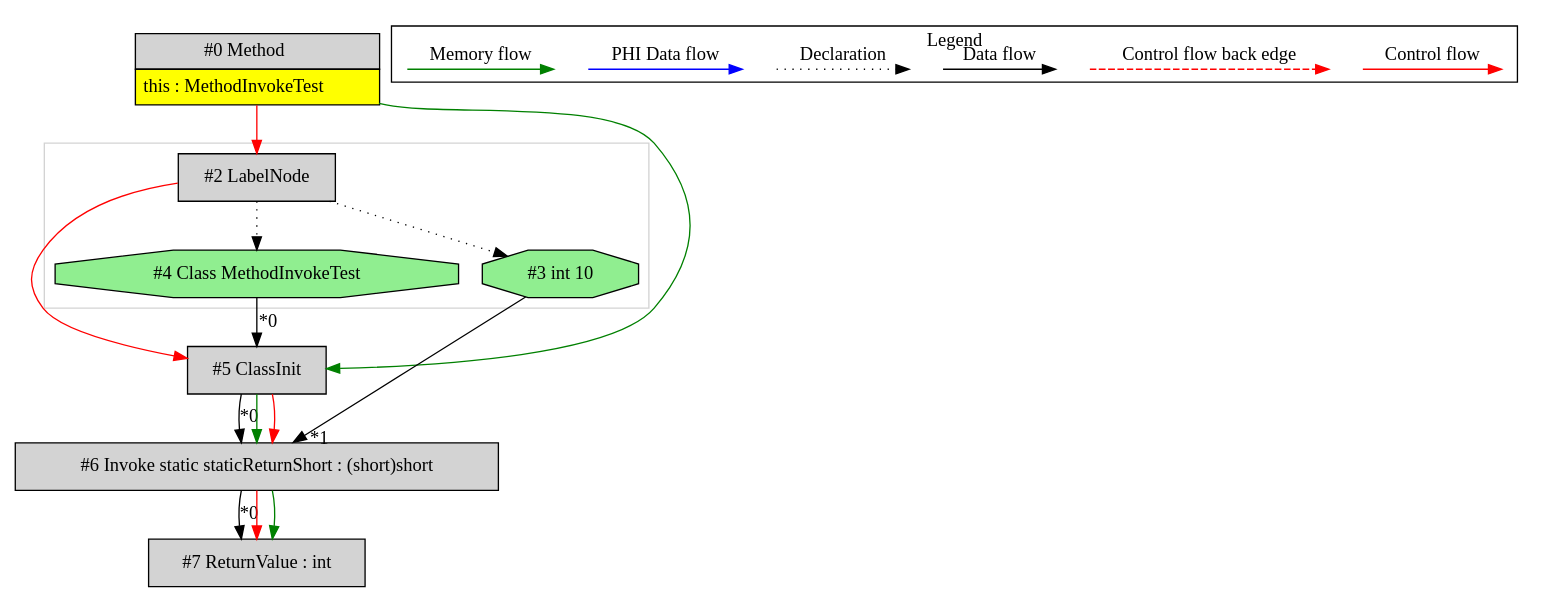
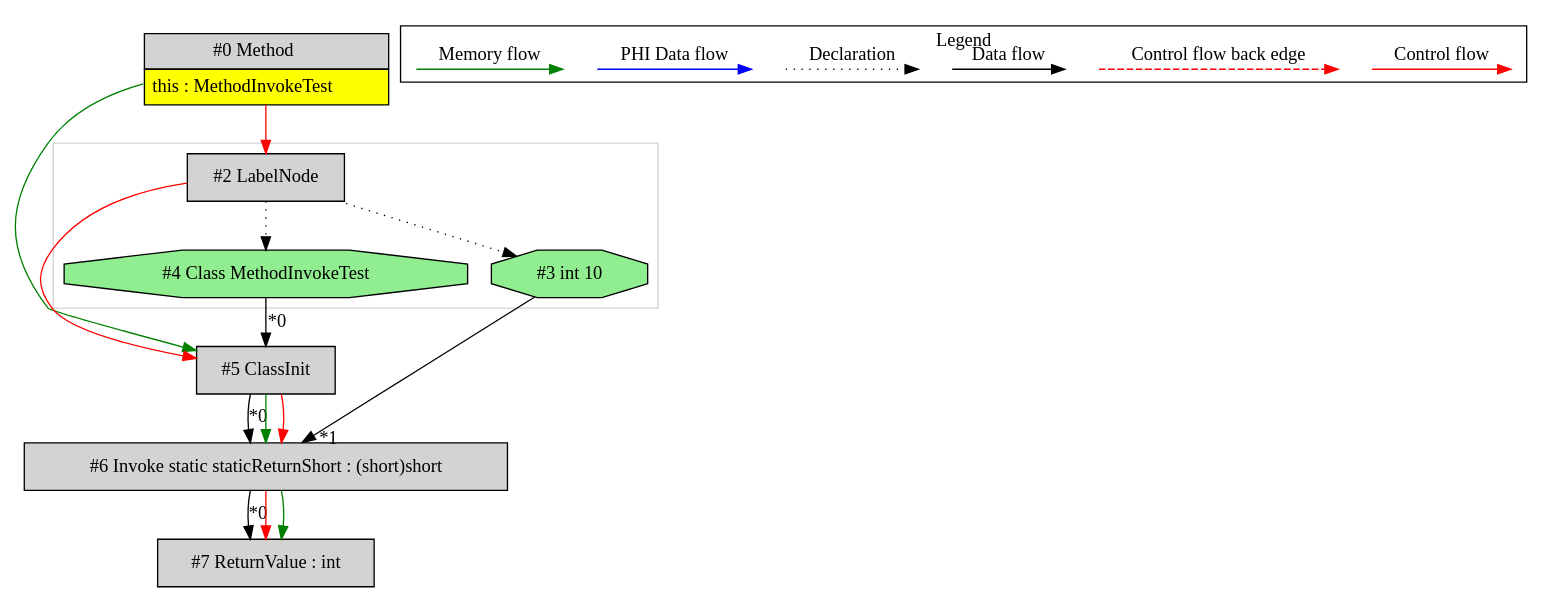
Before and after one commit to mirkosertic/MetaIR: the diagram in de.mirkosertic.metair.ir.examples.MethodInvokeTest/returnShort/ir.dot, drawn with Graphviz. The commit also changed other lines of this file and 488 other files, not shown here.

```diff
--- a/de.mirkosertic.metair.ir.examples.MethodInvokeTest/returnShort/ir.dot
+++ b/de.mirkosertic.metair.ir.examples.MethodInvokeTest/returnShort/ir.dot
@@ -1,55 +1,55 @@
 digraph {
  ordering="in";
  node0[margin="0", label=<<table border="0" cellborder="1" cellspacing="0" cellpadding="5"><tr><td colspan="1">#0 Method</td></tr><tr><td port="prj1" bgcolor="yellow">this : MethodInvokeTest</td></tr></table>>,shape=none, fillcolor=lightgrey, style=filled];
+ node5[label="#5 ClassInit",shape=box, fillcolor=lightgrey, style=filled];
+ node4 -> node5[headlabel="*0", labeldistance=2];
+ node0 -> node5[labeldistance=2, color=green, constraint=false];
+ node2 -> node5[labeldistance=2, color=red, fontcolor=red];
  node2[label="#2 LabelNode",shape=box, fillcolor=lightgrey, style=filled];
  node0 -> node2[labeldistance=2, color=red, fontcolor=red];
  node4[label="#4 Class MethodInvokeTest",shape=octagon, fillcolor=lightgreen, style=filled];
  node2 -> node4[style=dotted];
- node5[label="#5 ClassInit",shape=box, fillcolor=lightgrey, style=filled];
- node4 -> node5[headlabel="*0", labeldistance=2];
- node0 -> node5[labeldistance=2, color=green, constraint=false];
- node2 -> node5[labeldistance=2, color=red, fontcolor=red];
+ node3[label="#3 int 10",shape=octagon, fillcolor=lightgreen, style=filled];
+ node2 -> node3[style=dotted];
  node6[label="#6 Invoke static staticReturnShort : (short)short",shape=box, fillcolor=lightgrey, style=filled];
  node5 -> node6[headlabel="*0", labeldistance=2];
  node3 -> node6[headlabel="*1", labeldistance=2];
  node5 -> node6[labeldistance=2, color=green, constraint=false];
  node5 -> node6[labeldistance=2, color=red, fontcolor=red];
- node3[label="#3 int 10",shape=octagon, fillcolor=lightgreen, style=filled];
- node2 -> node3[style=dotted];
  node7[label="#7 ReturnValue : int",shape=box, fillcolor=lightgrey, style=filled];
  node6 -> node7[headlabel="*0", labeldistance=2];
  node6 -> node7[labeldistance=2, color=red, fontcolor=red];
  node6 -> node7[labeldistance=2, color=green, constraint=false];
  subgraph cluster_0 {
   color=lightgray;
   node2;
   node3;
   node4;
  }
  subgraph cluster_000 {
   label = "Legend";
   node [shape=point]
   {
    rank=same;
    c0 [style = invis];
    c1 [style = invis];
    c2 [style = invis];
    c3 [style = invis];
    d0 [style = invis];
    d1 [style = invis];
    d2 [style = invis];
    d3 [style = invis];
    d4 [style = invis];
    d5 [style = invis];
    d6 [style = invis];
    d7 [style = invis];
   }
   c0 -> c1 [label="Control flow", style=solid, color=red]
   c2 -> c3 [label="Control flow back edge", style=dashed, color=red]
   d0 -> d1 [label="Data flow"]
   d2 -> d3 [label="Declaration", style=dotted]
   d4 -> d5 [label="PHI Data flow", color=blue]
   d6 -> d7 [label="Memory flow", color=green]
  }
 
 }
```
